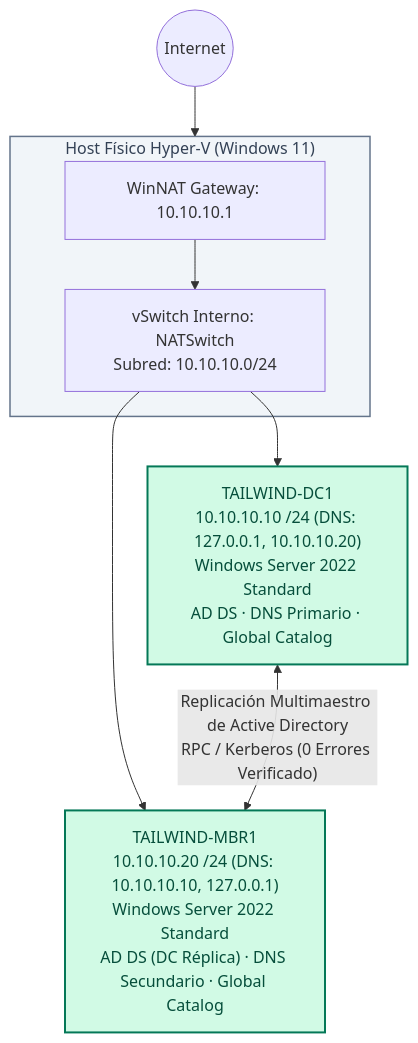
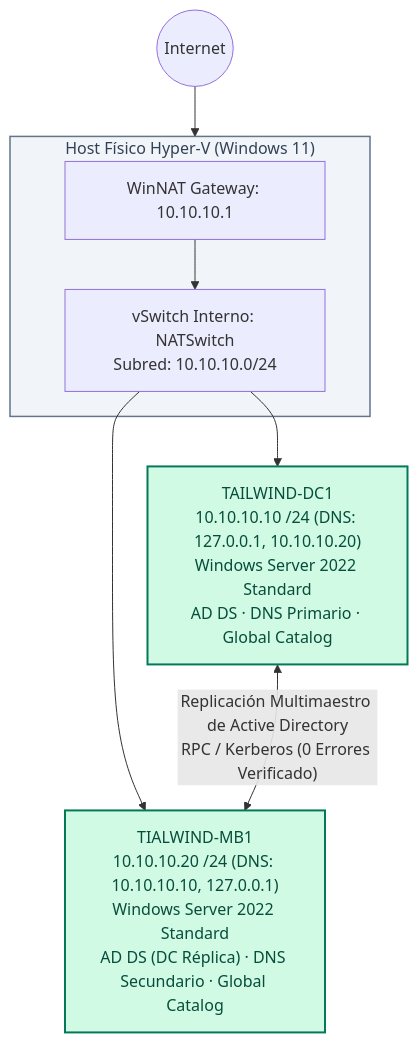
One commit to anudoranador87/it-support-labs changed the diagram in labs/active-directory-multi-dc/README.es.md. Above: the diagram before and after it, drawn with Mermaid. The commit also changed other lines of this file, not shown here.

````diff
--- a/labs/active-directory-multi-dc/README.es.md
+++ b/labs/active-directory-multi-dc/README.es.md
@@ -40,19 +40,19 @@
 ```mermaid
 flowchart TB
     Internet((Internet)) --> Host
     subgraph Host["Host Físico Hyper-V (Windows 11)"]
         NAT["WinNAT Gateway: 10.10.10.1"]
         Switch["vSwitch Interno: NATSwitch\nSubred: 10.10.10.0/24"]
         NAT --> Switch
     end
     Switch --> DC1["TAILWIND-DC1\n10.10.10.10 /24 (DNS: 127.0.0.1, 10.10.10.20)\nWindows Server 2022 Standard\nAD DS · DNS Primario · Global Catalog"]
-    Switch --> MBR1["TAILWIND-MBR1\n10.10.10.20 /24 (DNS: 10.10.10.10, 127.0.0.1)\nWindows Server 2022 Standard\nAD DS (DC Réplica) · DNS Secundario · Global Catalog"]
+    Switch --> MBR1["TIALWIND-MB1\n10.10.10.20 /24 (DNS: 10.10.10.10, 127.0.0.1)\nWindows Server 2022 Standard\nAD DS (DC Réplica) · DNS Secundario · Global Catalog"]
 
     DC1 <--> |"Replicación Multimaestro de Active Directory\nRPC / Kerberos (0 Errores Verificado)"| MBR1
 
     classDef srv fill:#d1fae5,stroke:#047857,stroke-width:2px,color:#064e3b;
     classDef host fill:#f1f5f9,stroke:#64748b,stroke-width:1.5px,color:#334155;
     class DC1 srv;
     class MBR1 srv;
     class Host host;
 ```
````
